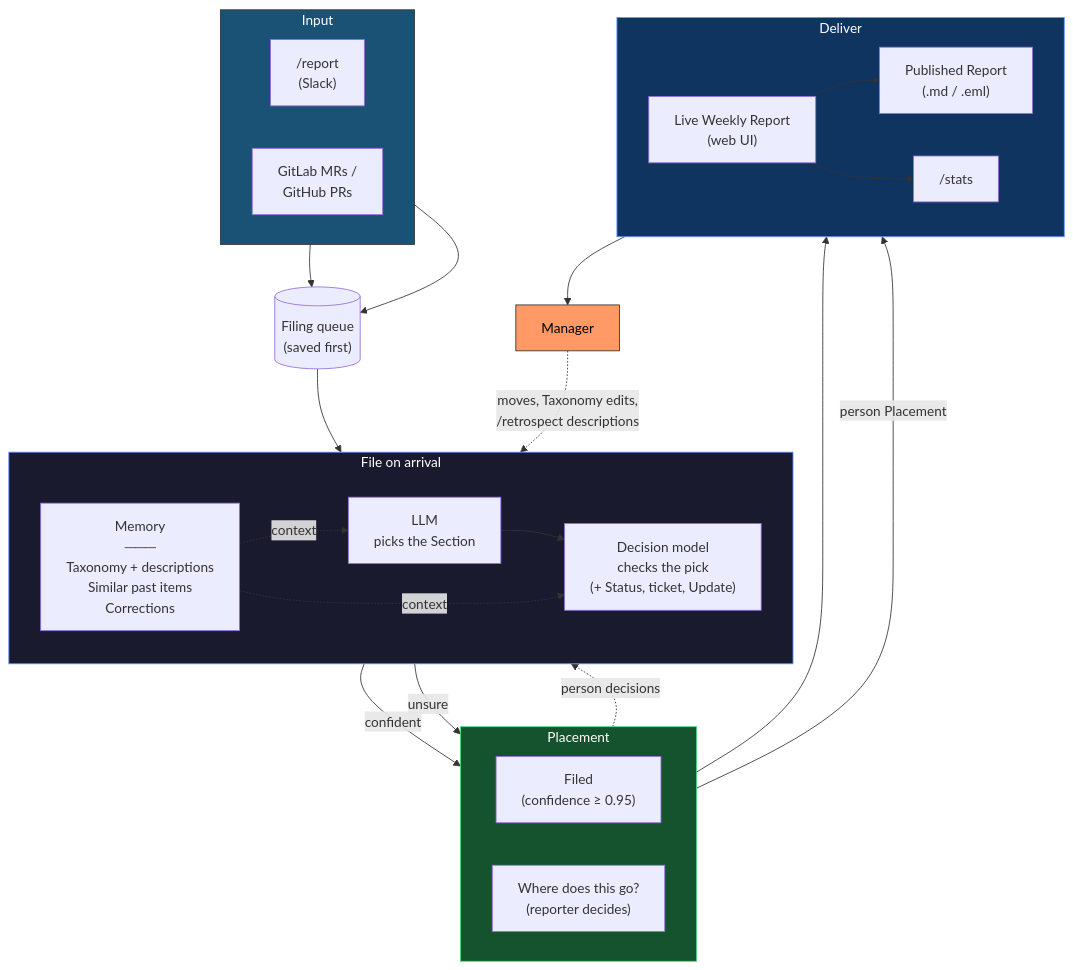
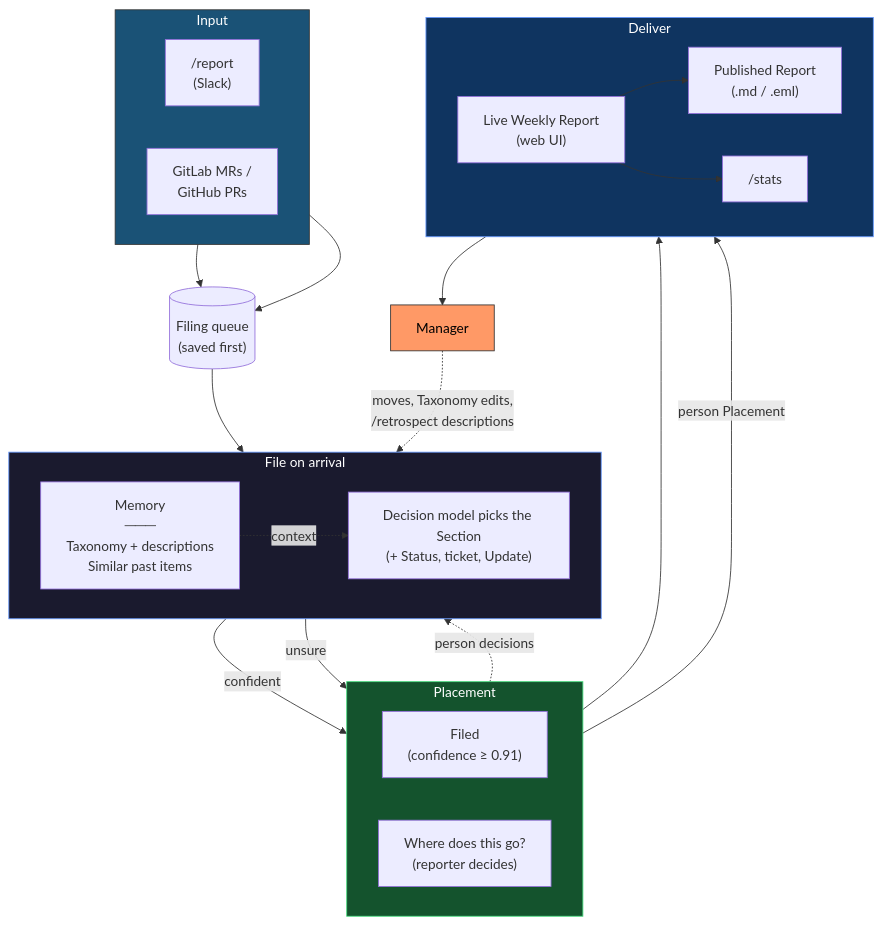
The diagram in docs/agentic-features-overview.md (WZ/reportbot), drawn with Mermaid before and after one commit. The commit also changed other lines of this file and 5 other files, not shown here.

First line of the commit message:
docs: decision model picks the Section (ADR 0001, README, CLAUDE.md, overview)

````diff
--- a/docs/agentic-features-overview.md
+++ b/docs/agentic-features-overview.md
@@ -142,54 +141,51 @@
 ```mermaid
 flowchart TB
     subgraph Input["Input"]
         direction LR
         DEV["/report<br>(Slack)"]
         CC["GitLab MRs /<br>GitHub PRs"]
     end
 
     Q[("Filing queue<br>(saved first)")]
 
     subgraph File["File on arrival"]
         direction LR
-        MEM["Memory<br>───<br>Taxonomy + descriptions<br>Similar past items<br>Corrections"]
-        LLM["LLM<br>picks the Section"]
-        DM["Decision model<br>checks the pick<br>(+ Status, ticket, Update)"]
-        MEM -.->|context| LLM
-        LLM --> DM
+        MEM["Memory<br>───<br>Taxonomy + descriptions<br>Similar past items"]
+        DM["Decision model picks the Section<br>(+ Status, ticket, Update)"]
         MEM -.->|context| DM
     end
 
     subgraph Place["Placement"]
         direction LR
-        AUTO["Filed<br>(confidence ≥ 0.95)"]
+        AUTO["Filed<br>(confidence ≥ 0.91)"]
         ASK["Where does this go?<br>(reporter decides)"]
     end
 
     subgraph Deliver["Deliver"]
         direction LR
         LIVE["Live Weekly Report<br>(web UI)"]
         PUB["Published Report<br>(.md / .eml)"]
         STATS["/stats"]
     end
 
     MGR["Manager"]
 
     DEV --> Q
     CC --> Q
-    Q --> LLM
+    Q --> DM
     DM -->|"confident"| AUTO
     DM -->|"unsure"| ASK
     AUTO --> LIVE
     ASK -->|"person Placement"| LIVE
     LIVE --> PUB
     LIVE --> STATS
     Deliver --> MGR
     ASK -.->|"person decisions"| MEM
     MGR -.->|"moves, Taxonomy edits,<br>/retrospect descriptions"| MEM
 
     style Input fill:#1a5276,stroke:#333,color:#fff
     style File fill:#1a1a2e,stroke:#69f,color:#fff
     style Place fill:#14532d,stroke:#4ade80,color:#fff
     style Deliver fill:#0f3460,stroke:#69f,color:#fff
     style MGR fill:#f96,stroke:#333,color:#000
 ```
````
